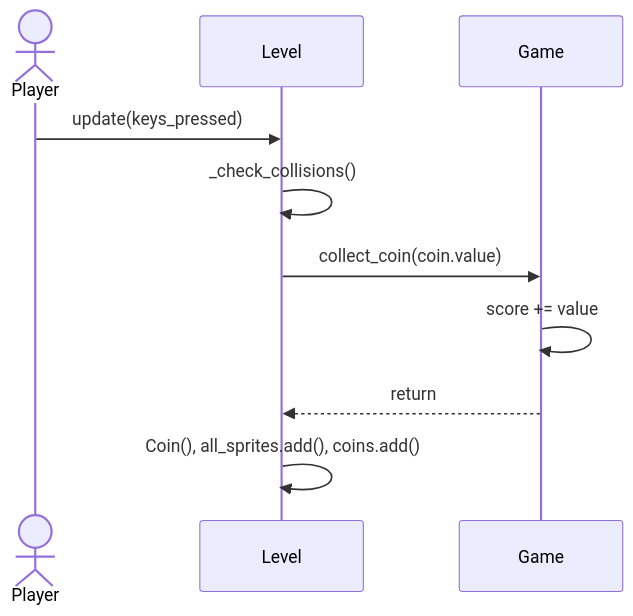
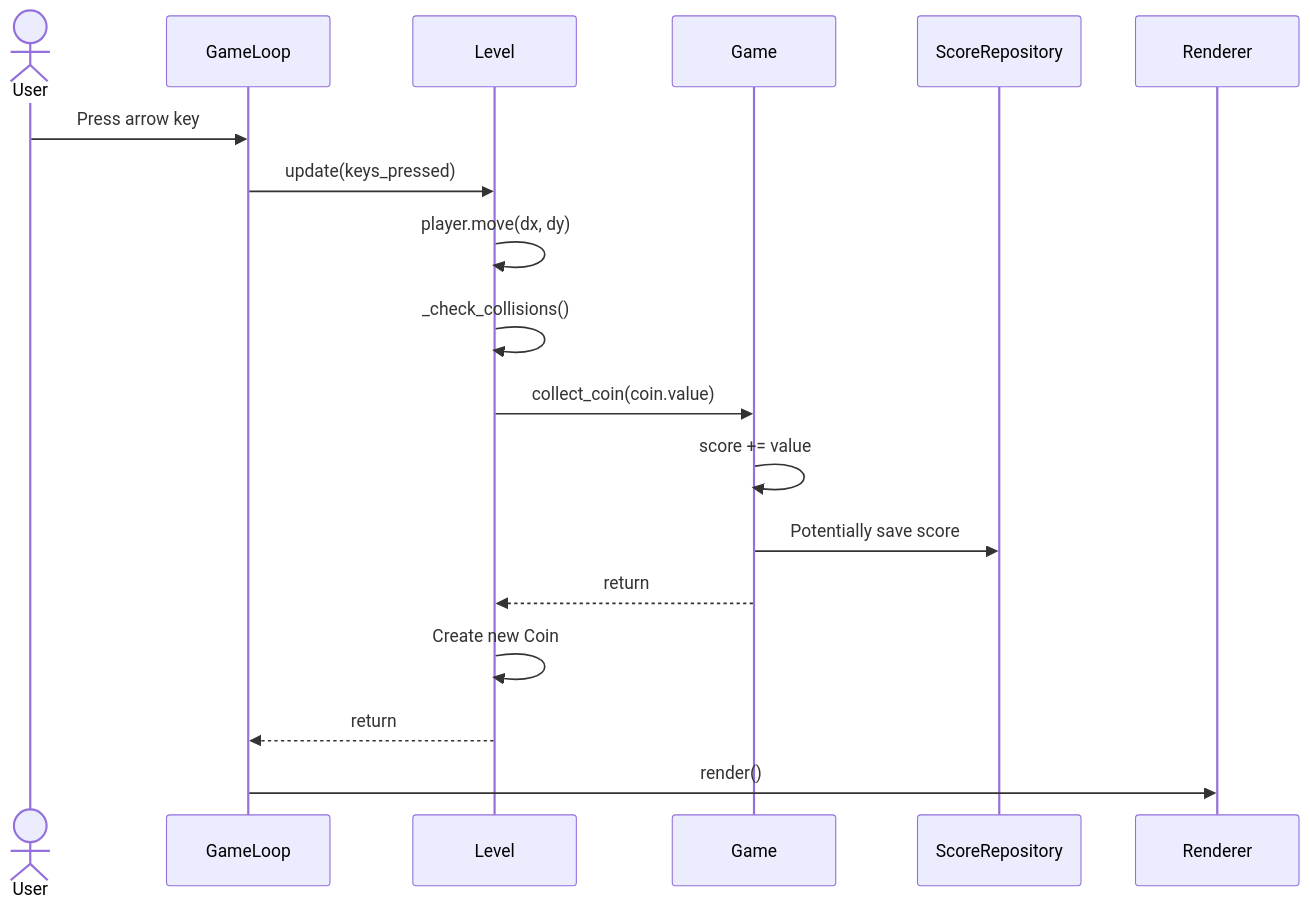
Before and after one commit to hodelma/ot-harjoitustyo: the second of 4 diagrams in coin-collecter-app/dokumentaatio/arkkitehtuuri.md, drawn with Mermaid. The commit also changed other lines of this file, not shown here.

Commit message:
Update descriptions and diagram details in arkkitehtuuri.md

````diff
--- a/coin-collecter-app/dokumentaatio/arkkitehtuuri.md
+++ b/coin-collecter-app/dokumentaatio/arkkitehtuuri.md
@@ -69,13 +119,20 @@
 ```mermaid
 sequenceDiagram
-    actor Player
+    actor User
+    participant GameLoop
     participant Level
     participant Game
+    participant ScoreRepository
 
-    Player->>Level: update(keys_pressed)
+    User->>GameLoop: Press arrow key
+    GameLoop->>Level: update(keys_pressed)
+    Level->>Level: player.move(dx, dy)
     Level->>Level: _check_collisions()
     Level->>Game: collect_coin(coin.value)
     Game->>Game: score += value
+    Game->>ScoreRepository: Potentially save score
     Game-->>Level: return
-    Level->>Level: Coin(), all_sprites.add(), coins.add()
+    Level->>Level: Create new Coin
+    Level-->>GameLoop: return
+    GameLoop->>Renderer: render()
 ```
````
